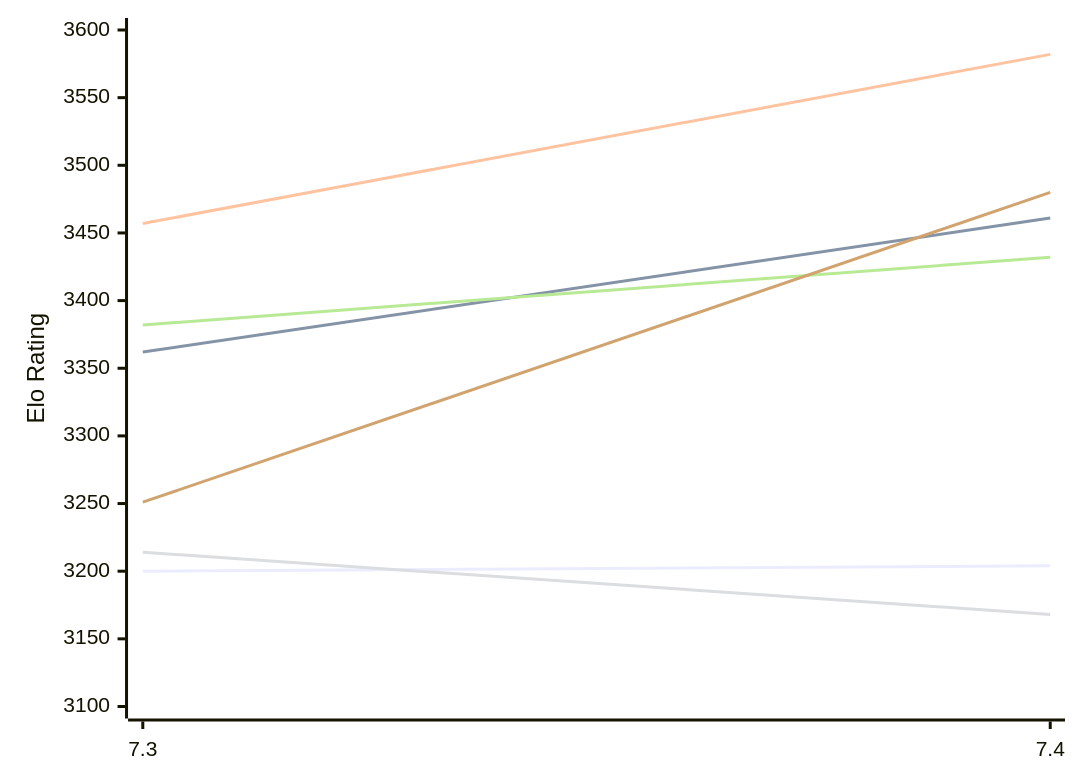
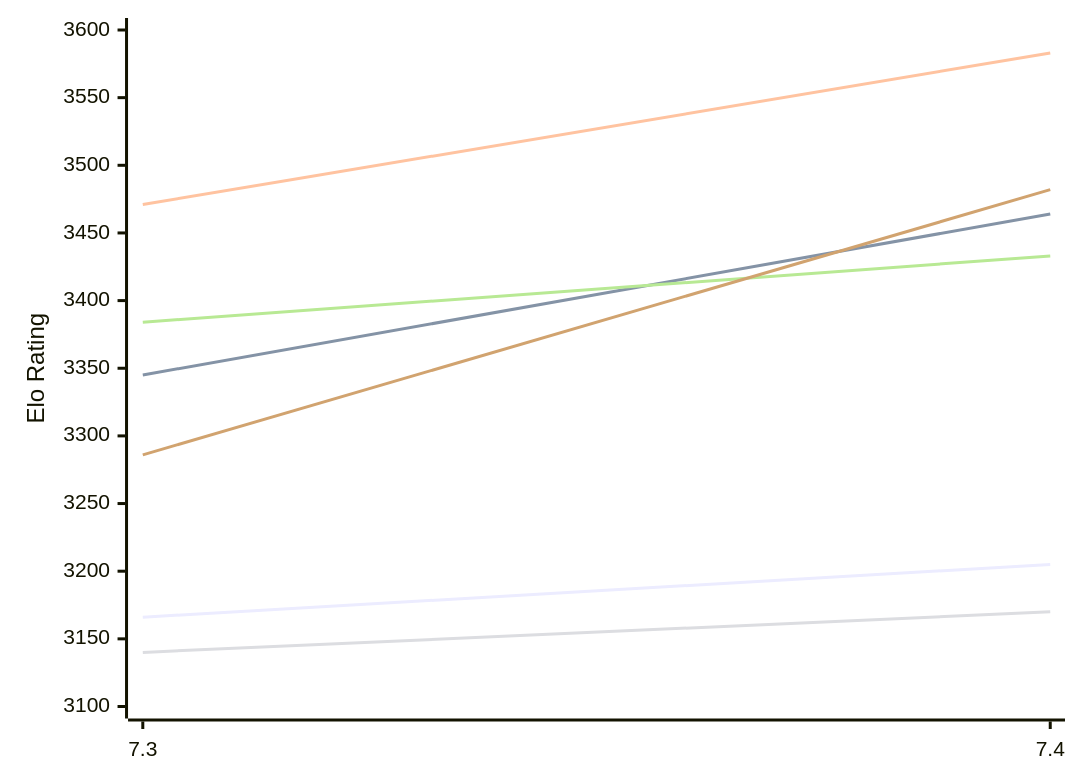
One commit to computer-chess-index/cci changed the diagram in engines/Booot.md. Above: the diagram before and after it, drawn with Mermaid. The commit also changed other lines of this file, not shown here.

Commit message:
Update CCI Ratings (ELO VLTC) - 2026-11-17

````diff
--- a/engines/Booot.md
+++ b/engines/Booot.md
@@ -49,12 +49,12 @@
 ```mermaid
 %%{init: {"theme":"base","themeVariables":{"seriesColors:['#a3a3a3','#222221','#faa371']}}}%%
 xychart-beta
   x-axis ["7.3", "7.4"]
   y-axis "Elo Rating" 3100 --> 3600
-  line "E1: STC (8.0+0.08s)" [3200, 3204]
-  line "E1: LTC (60.0+0.60s)" [3362, 3461]
-  line "E1: VLTC (2m24s+1.12s)" [3457, 3582]
-  line "P1: STC (8.0+0.08s)" [3214, 3168]
-  line "P1: LTC (60.0+0.60s)" [3382, 3432]
-  line "P1: VLTC (2m24s+1.12s)" [3251, 3480]
+  line "E1: STC (8.0+0.08s)" [3166, 3205]
+  line "E1: LTC (60.0+0.60s)" [3345, 3464]
+  line "E1: VLTC (2m24s+1.12s)" [3471, 3583]
+  line "P1: STC (8.0+0.08s)" [3140, 3170]
+  line "P1: LTC (60.0+0.60s)" [3384, 3433]
+  line "P1: VLTC (2m24s+1.12s)" [3286, 3482]
 ```
````
